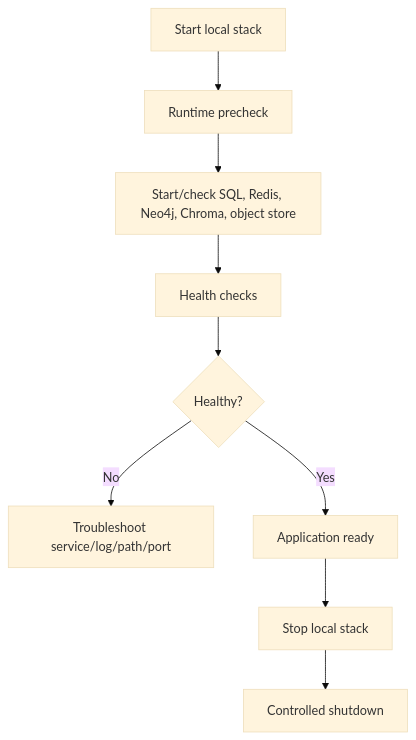
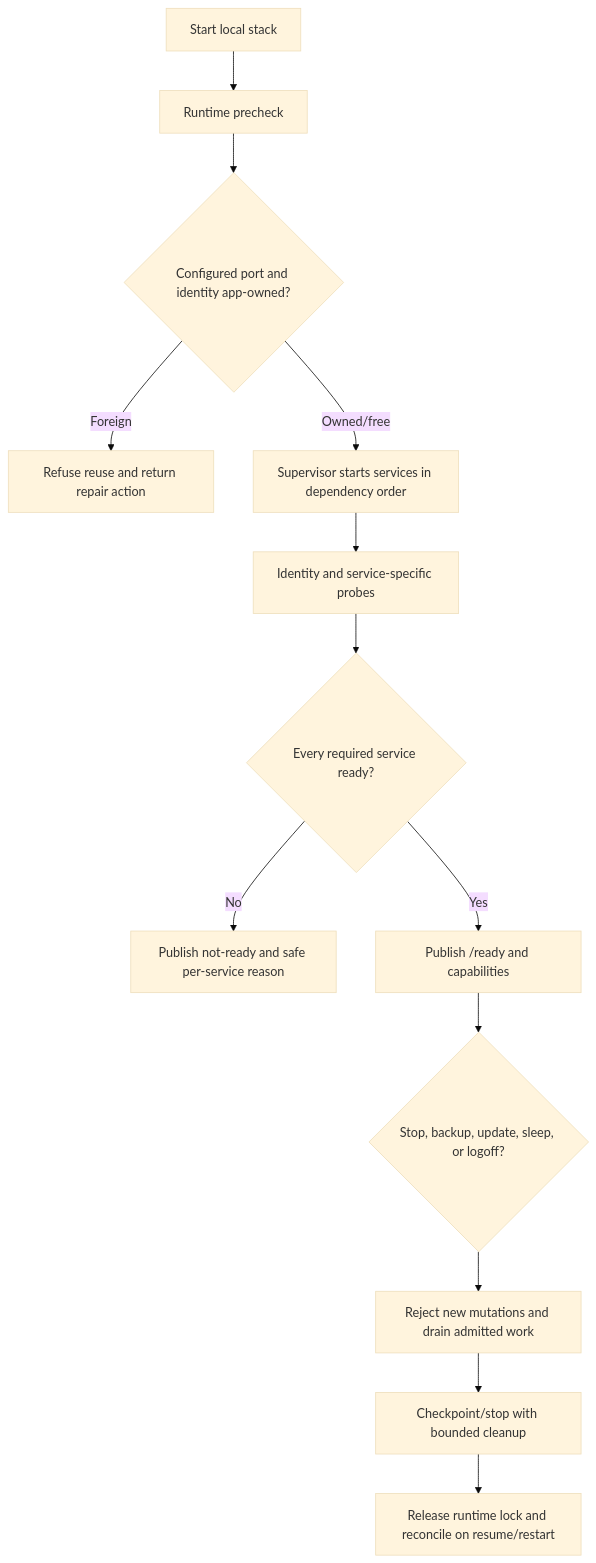
Before and after one commit to kherrera6219/DataLogicEngine: the seventh of 10 diagrams in docs/PROCESS_MAP.md, drawn with Mermaid (base theme). The commit also changed other lines of this file and 81 other files, not shown here.

````diff
--- a/docs/PROCESS_MAP.md
+++ b/docs/PROCESS_MAP.md
@@ -162,11 +170,15 @@
 ```mermaid
 flowchart TD
     START[Start local stack] --> PRECHECK[Runtime precheck]
-    PRECHECK --> SERVICES[Start/check SQL, Redis, Neo4j, Chroma, object store]
-    SERVICES --> HEALTH[Health checks]
-    HEALTH --> OK{Healthy?}
-    OK -- No --> TROUBLE[Troubleshoot service/log/path/port]
-    OK -- Yes --> APP[Application ready]
-    APP --> STOP[Stop local stack]
-    STOP --> CLEAN[Controlled shutdown]
+    PRECHECK --> OWNER{Configured port and identity app-owned?}
+    OWNER -- Foreign --> REFUSE[Refuse reuse and return repair action]
+    OWNER -- Owned/free --> SERVICES[Supervisor starts services in dependency order]
+    SERVICES --> HEALTH[Identity and service-specific probes]
+    HEALTH --> OK{Every required service ready?}
+    OK -- No --> BLOCK[Publish not-ready and safe per-service reason]
+    OK -- Yes --> APP[Publish /ready and capabilities]
+    APP --> EVENT{Stop, backup, update, sleep, or logoff?}
+    EVENT --> DRAIN[Reject new mutations and drain admitted work]
+    DRAIN --> CLEAN[Checkpoint/stop with bounded cleanup]
+    CLEAN --> RELEASE[Release runtime lock and reconcile on resume/restart]
 ```
````
